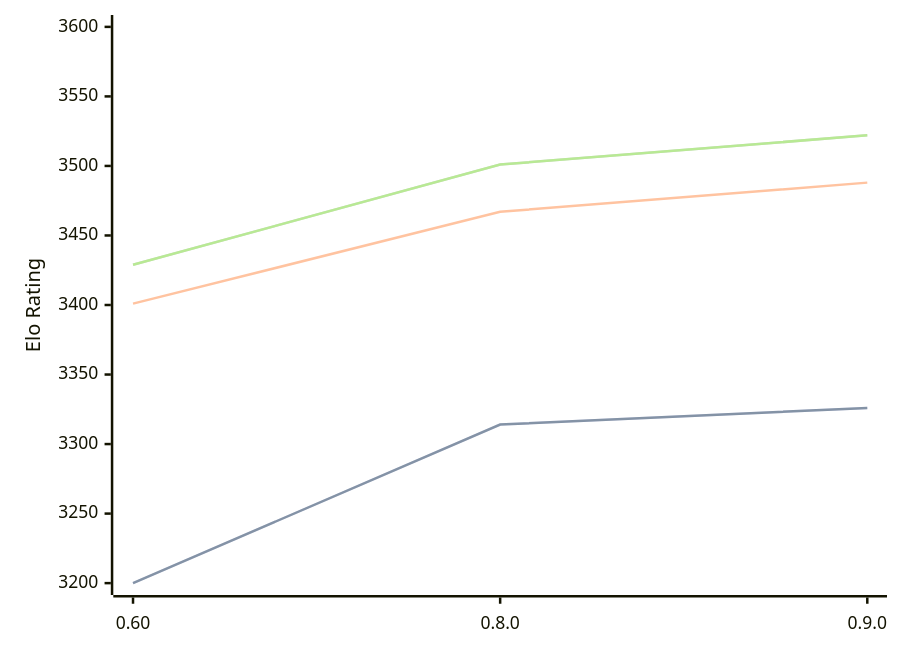
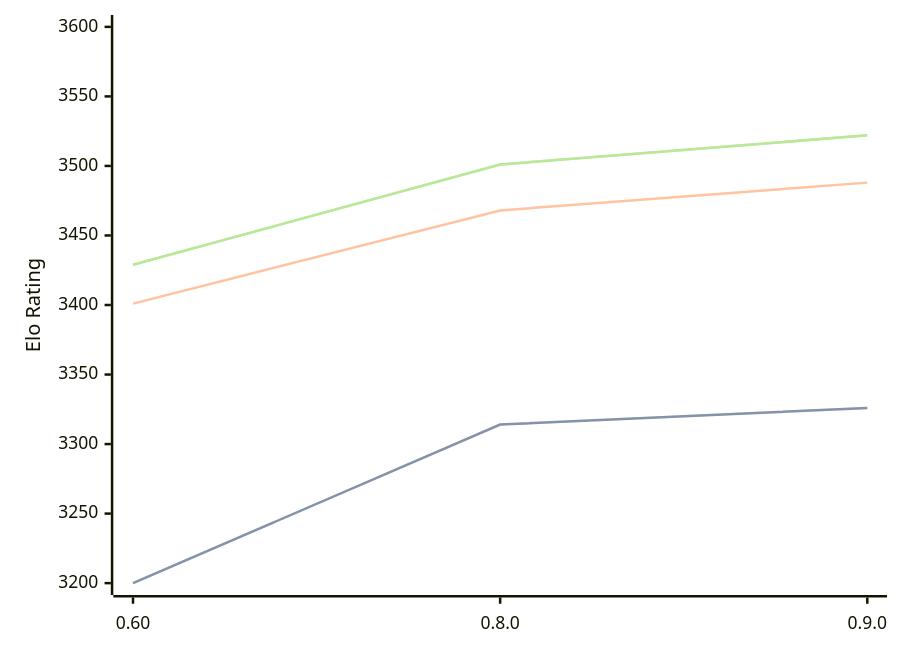
The diagram in engines/Motor.md (computer-chess-index/cci), drawn with Mermaid before and after one commit. The commit also changed other lines of this file, not shown here.

````diff
--- a/engines/Motor.md
+++ b/engines/Motor.md
@@ -39,11 +39,11 @@
 ```mermaid
 %%{init: {"theme":"base","themeVariables":{"seriesColors:['#a3a3a3','#222221','#faa371']}}}%%
 xychart-beta
   x-axis ["0.60", "0.8.0", "0.9.0"]
   y-axis "Elo Rating" 3200 --> 3600
   line "STC (8.0+0.08s)" [3200, 3314, 3326]
   line "STC (8.0+0.08s)" [3200, 3314, 3326]
-  line "LTC (60.0+0.60s)" [3401, 3467, 3488]
+  line "LTC (60.0+0.60s)" [3401, 3468, 3488]
   line "VLTC (2m24s+1.12s)" [3429, 3501, 3522]
   line "VLTC (2m24s+1.12s)" [3429, 3501, 3522]
 ```
````
